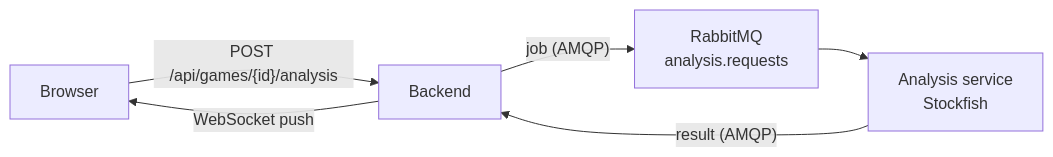
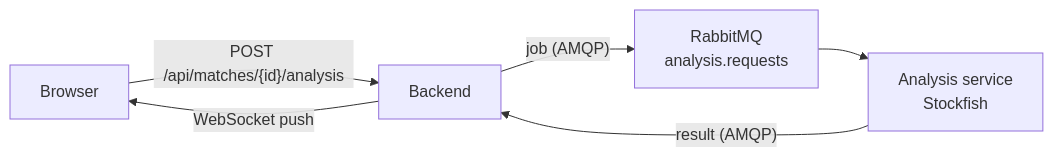
Before and after one commit to ziliding/chess-platform: the second of 2 diagrams in README.md, drawn with Mermaid. The commit also changed other lines of this file and 14 other files, not shown here.

First line of the commit message:
refactor(api): serve match-ID endpoints under /api/matches (#139)

````diff
--- a/README.md
+++ b/README.md
@@ -103,8 +103,8 @@
 ```mermaid
 flowchart LR
-    Browser["Browser"] -- "POST /api/games/{id}/analysis" --> B["Backend"]
+    Browser["Browser"] -- "POST /api/matches/{id}/analysis" --> B["Backend"]
     B -- "job (AMQP)" --> Q["RabbitMQ<br/>analysis.requests"]
     Q --> A["Analysis service<br/>Stockfish"]
     A -- "result (AMQP)" --> B
     B -- "WebSocket push" --> Browser
 ```
````
